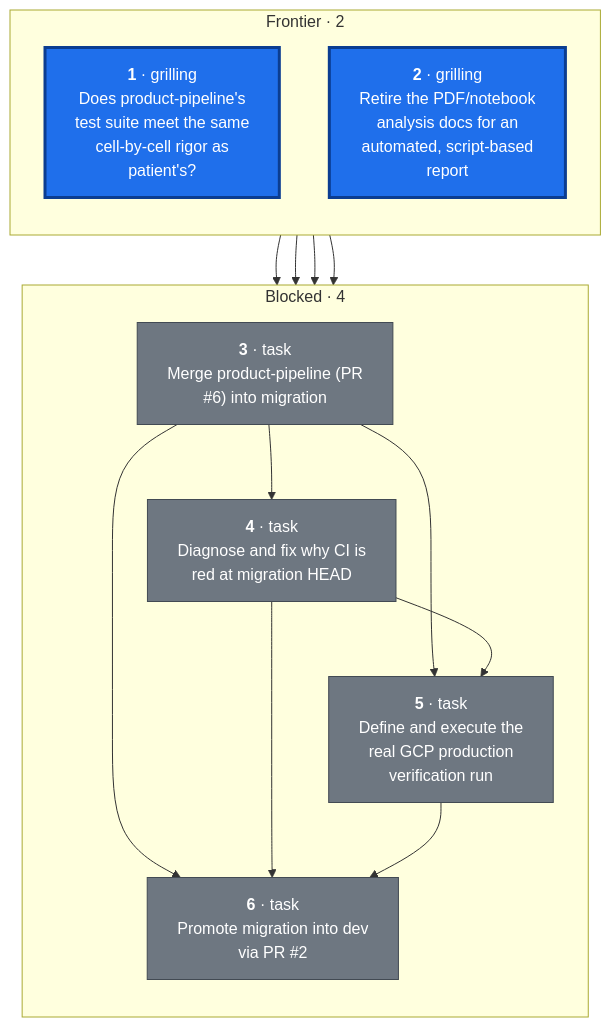
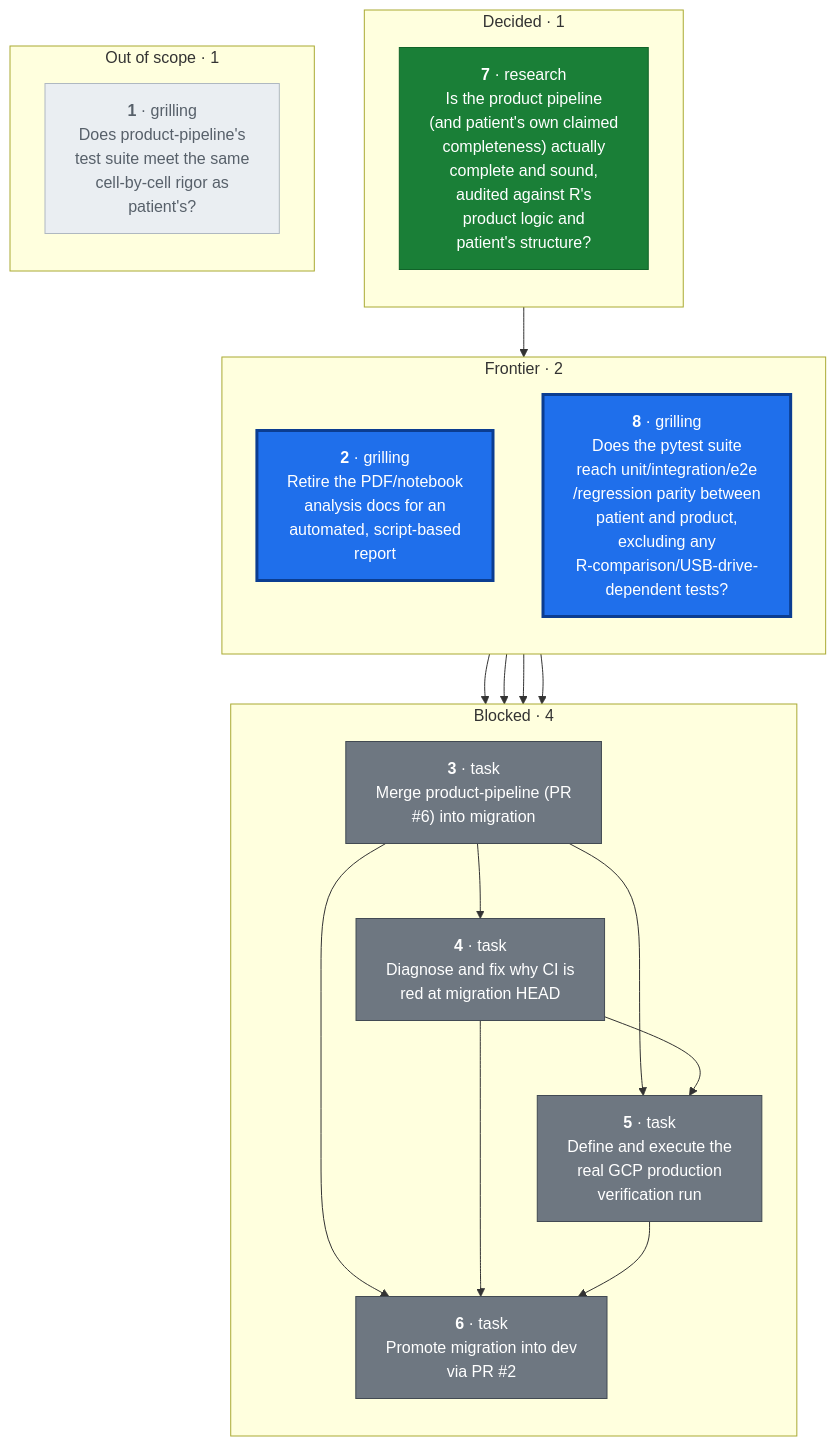
Before and after one commit to CorrelAid/a4d: the first of 2 diagrams in docs/wayfinder/map.md, drawn with Mermaid. The commit also changed other lines of this file and 11 other files, not shown here.

First line of the commit message:
Close wayfinder ticket 7: pipeline completeness audit

````diff
--- a/docs/wayfinder/map.md
+++ b/docs/wayfinder/map.md
@@ -23,31 +23,44 @@
 ```mermaid
 flowchart TD
   subgraph FRONTIER["Frontier · 2"]
     direction TB
-    T1["<b>1</b> · grilling<br/>Does product-pipeline's<br/>test suite meet the same<br/>cell-by-cell rigor as<br/>patient's?"]
     T2["<b>2</b> · grilling<br/>Retire the PDF/notebook<br/>analysis docs for an<br/>automated, script-based<br/>report"]
+    T8["<b>8</b> · grilling<br/>Does the pytest suite<br/>reach unit/integration/e2e<br/>/regression parity between<br/>patient and product,<br/>excluding any<br/>R-comparison/USB-drive-<br/>dependent tests?"]
   end
   subgraph BLOCKED["Blocked · 4"]
     direction TB
     T3["<b>3</b> · task<br/>Merge product-pipeline (PR<br/>#6) into migration"]
     T4["<b>4</b> · task<br/>Diagnose and fix why CI is<br/>red at migration HEAD"]
     T5["<b>5</b> · task<br/>Define and execute the<br/>real GCP production<br/>verification run"]
     T6["<b>6</b> · task<br/>Promote migration into dev<br/>via PR #2"]
   end
+  subgraph DECIDED["Decided · 1"]
+    direction TB
+    T7["<b>7</b> · research<br/>Is the product pipeline<br/>(and patient's own claimed<br/>completeness) actually<br/>complete and sound,<br/>audited against R's<br/>product logic and<br/>patient's structure?"]
+  end
+  subgraph DROPPED["Out of scope · 1"]
+    direction TB
+    T1["<b>1</b> · grilling<br/>Does product-pipeline's<br/>test suite meet the same<br/>cell-by-cell rigor as<br/>patient's?"]
+  end
 
-  T1 --> T3
-  T1 --> T6
   T2 --> T3
   T2 --> T6
   T3 --> T4
   T3 --> T5
   T3 --> T6
   T4 --> T5
   T4 --> T6
   T5 --> T6
+  T7 --> T8
+  T8 --> T3
+  T8 --> T6
 
   classDef frontier fill:#1f6feb,stroke:#0b3d91,stroke-width:3px,color:#ffffff
-  class T1,T2 frontier
+  class T2,T8 frontier
   classDef blocked fill:#6e7781,stroke:#424a53,stroke-width:1px,color:#ffffff
   class T3,T4,T5,T6 blocked
+  classDef decided fill:#1a7f37,stroke:#116329,stroke-width:1px,color:#ffffff
+  class T7 decided
+  classDef dropped fill:#eaeef2,stroke:#afb8c1,stroke-width:1px,color:#57606a
+  class T1 dropped
 ```
````
